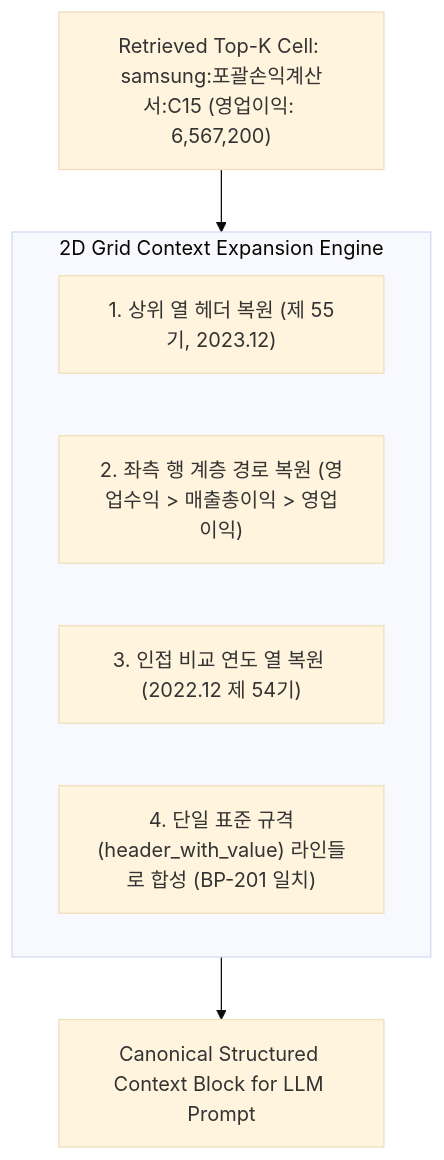
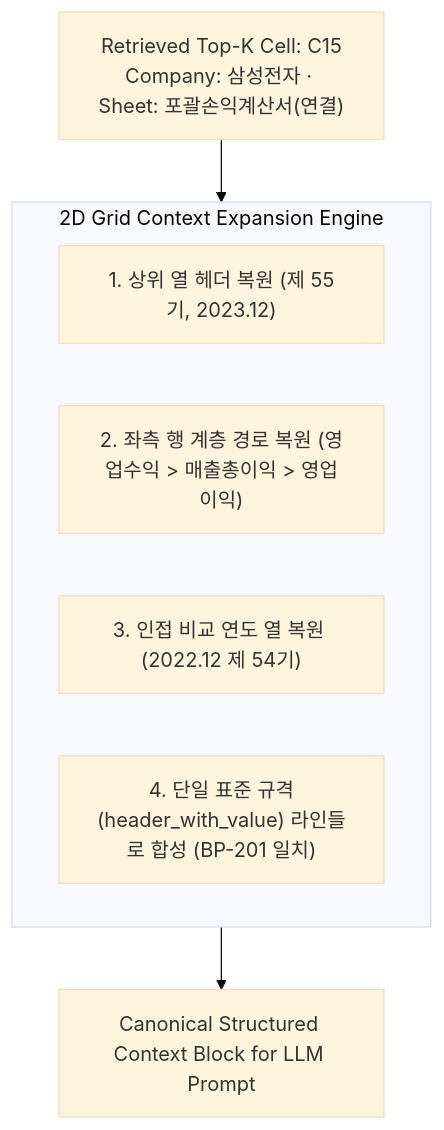
One commit to bist-mini-final/bist-mini-final changed the second of 2 diagrams in docs/blueprints/03_pipeline_module_blueprints/BP-303_hybrid_retrieval_and_fusion.md. Above: the diagram before and after it, drawn with Mermaid (base theme). The commit also changed other lines of this file and 9 other files, not shown here.

````diff
--- a/docs/blueprints/03_pipeline_module_blueprints/BP-303_hybrid_retrieval_and_fusion.md
+++ b/docs/blueprints/03_pipeline_module_blueprints/BP-303_hybrid_retrieval_and_fusion.md
@@ -62,14 +65,14 @@
 ```mermaid
 graph TD
-    TARGET["Retrieved Top-K Cell: samsung:포괄손익계산서:C15 (영업이익: 6,567,200)"]
+    TARGET["Retrieved Top-K Cell: C15<br/>Company: 삼성전자 · Sheet: 포괄손익계산서(연결)"]
 
     subgraph ContextExpansion ["2D Grid Context Expansion Engine"]
         HDR["1. 상위 열 헤더 복원 (제 55기, 2023.12)"]
         STUB["2. 좌측 행 계층 경로 복원 (영업수익 > 매출총이익 > 영업이익)"]
         NEIGHBOR["3. 인접 비교 연도 열 복원 (2022.12 제 54기)"]
         CANONICAL["4. 단일 표준 규격(header_with_value) 라인들로 합성 (BP-201 일치)"]
     end
 
     TARGET --> ContextExpansion
     ContextExpansion --> RESULT["Canonical Structured Context Block for LLM Prompt"]
 ```
````
